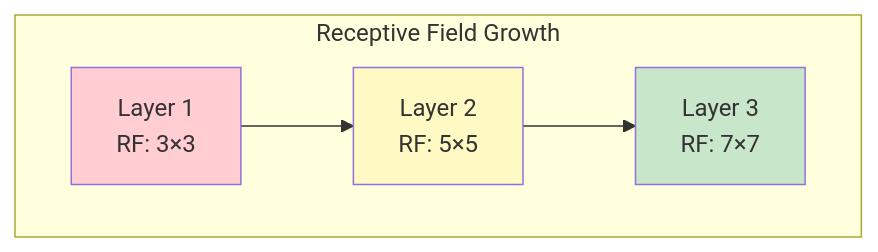
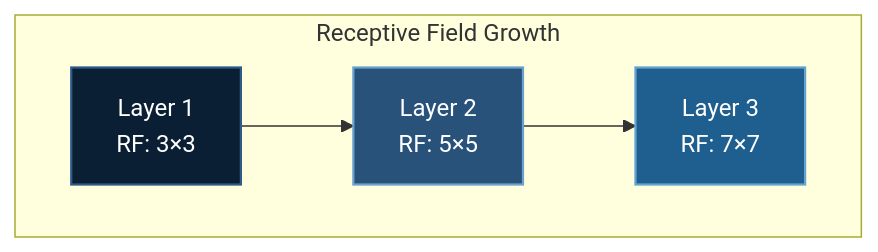
Before and after one commit to yiqiao-yin/deepspeed-course: the tenth of 14 diagrams in docusaurus-docs/docs/tutorials/basic/convnet.md, drawn with Mermaid. The commit also changed other lines of this file and 12 other files, not shown here.

````diff
--- a/docusaurus-docs/docs/tutorials/basic/convnet.md
+++ b/docusaurus-docs/docs/tutorials/basic/convnet.md
@@ -428,14 +428,14 @@
 ```mermaid
 flowchart TB
     subgraph "Receptive Field Growth"
         L1["Layer 1<br/>RF: 3×3"]
         L2["Layer 2<br/>RF: 5×5"]
         L3["Layer 3<br/>RF: 7×7"]
     end
 
     L1 --> L2 --> L3
 
-    style L1 fill:#ffcdd2
-    style L2 fill:#fff9c4
-    style L3 fill:#c8e6c9
+    style L1 fill:#0a1f33,stroke:#2d5a86,stroke-width:1.5px,color:#ffffff
+    style L2 fill:#28527a,stroke:#6aa2cd,stroke-width:1.5px,color:#ffffff
+    style L3 fill:#1e5f8f,stroke:#63a3d0,stroke-width:1.5px,color:#ffffff
 ```
````
